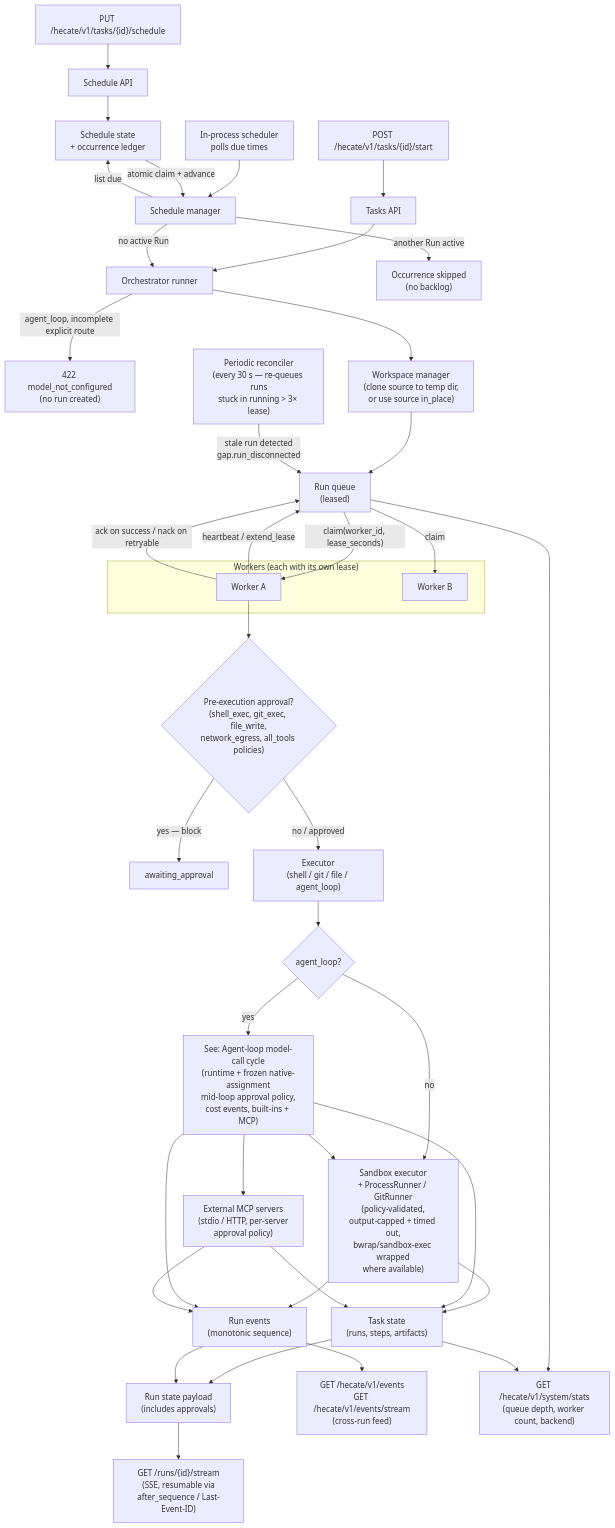
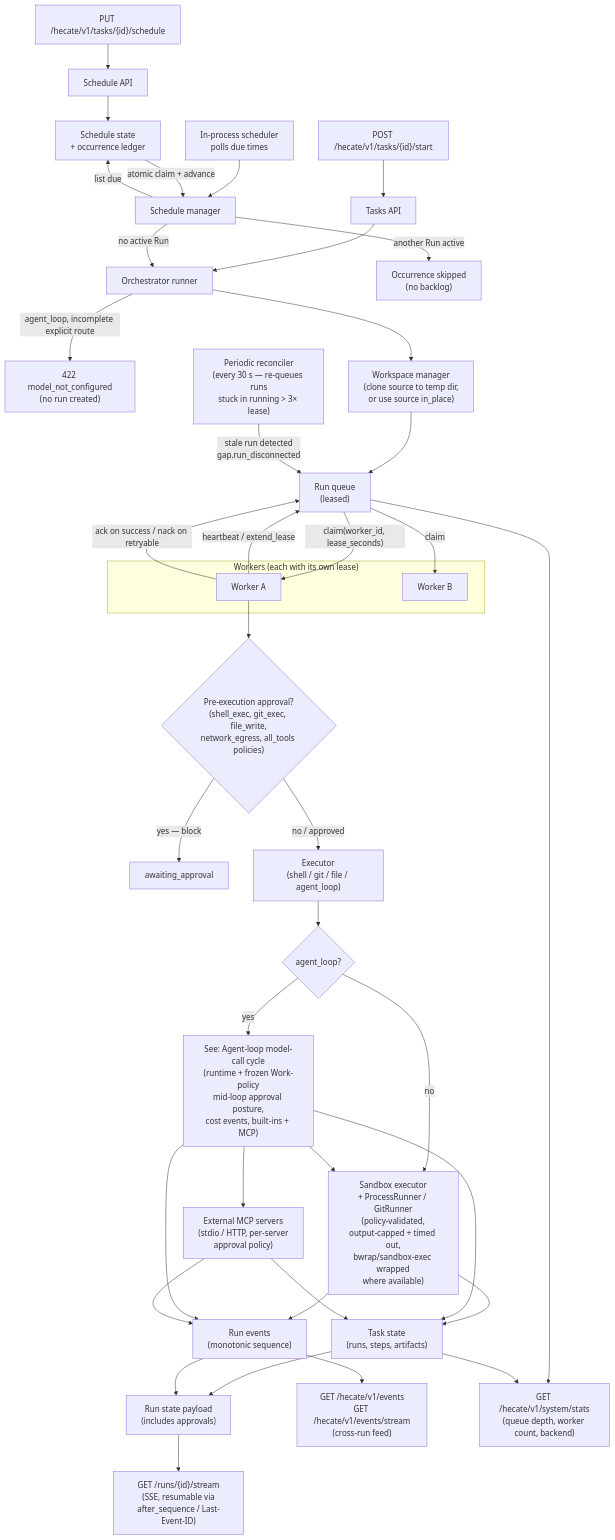
Before and after one commit to hecatehq/hecate: the fifth of 7 diagrams in docs/contributor/architecture.md, drawn with Mermaid. The commit also changed 2 other files, not shown here.

Commit message:
docs(runtime): align chat approval contracts

````diff
--- a/docs/contributor/architecture.md
+++ b/docs/contributor/architecture.md
@@ -415,55 +415,55 @@
 ```mermaid
 flowchart TD
     Caller["POST /hecate/v1/tasks/{id}/start"] --> TasksApi["Tasks API"]
     TasksApi --> Runner["Orchestrator runner"]
     ScheduleEditor["PUT /hecate/v1/tasks/{id}/schedule"] --> ScheduleApi["Schedule API"]
     ScheduleApi --> ScheduleState["Schedule state<br/>+ occurrence ledger"]
     Clock["In-process scheduler<br/>polls due times"] --> Scheduler["Schedule manager"]
     Scheduler -->|"list due"| ScheduleState
     ScheduleState -->|"atomic claim + advance"| Scheduler
     Scheduler -->|"no active Run"| Runner
     Scheduler -->|"another Run active"| Skipped["Occurrence skipped<br/>(no backlog)"]
 
     Runner -->|"agent_loop, incomplete explicit route"| ErrModel["422 model_not_configured<br/>(no run created)"]
     Runner --> Workspace["Workspace manager<br/>(clone source to temp dir,<br/>or use source in_place)"]
     Workspace --> Queue["Run queue<br/>(leased)"]
 
     Reconciler["Periodic reconciler<br/>(every 30 s — re-queues runs<br/>stuck in running > 3× lease)"]
     Reconciler -->|"stale run detected<br/>gap.run_disconnected"| Queue
 
     subgraph Workers["Workers (each with its own lease)"]
         WorkerA["Worker A"]
         WorkerB["Worker B"]
     end
 
     Queue -->|"claim(worker_id, lease_seconds)"| WorkerA
     Queue -->|"claim"| WorkerB
     WorkerA -->|"heartbeat / extend_lease"| Queue
     WorkerA -->|"ack on success / nack on retryable"| Queue
 
     WorkerA --> PreApproval{"Pre-execution approval?<br/>(shell_exec, git_exec, file_write,<br/>network_egress, all_tools policies)"}
     PreApproval -->|"yes — block"| Pending["awaiting_approval"]
     PreApproval -->|"no / approved"| Executor
 
     Executor["Executor<br/>(shell / git / file / agent_loop)"]
     Executor --> AgentLoop{"agent_loop?"}
-    AgentLoop -->|"yes"| LoopRef["See: Agent-loop model-call cycle<br/>(runtime + frozen native-assignment<br/>mid-loop approval policy,<br/>cost events, built-ins + MCP)"]
+    AgentLoop -->|"yes"| LoopRef["See: Agent-loop model-call cycle<br/>(runtime + frozen Work-policy<br/>mid-loop approval posture,<br/>cost events, built-ins + MCP)"]
     AgentLoop -->|"no"| Sandbox["Sandbox executor<br/>+ ProcessRunner / GitRunner<br/>(policy-validated,<br/>output-capped + timed out,<br/>bwrap/sandbox-exec wrapped<br/>where available)"]
     LoopRef --> Sandbox
     LoopRef --> McpServers["External MCP servers<br/>(stdio / HTTP, per-server<br/>approval policy)"]
 
     Sandbox --> State["Task state<br/>(runs, steps, artifacts)"]
     LoopRef --> State
     McpServers --> State
     Sandbox --> RunEvents["Run events<br/>(monotonic sequence)"]
     LoopRef --> RunEvents
     McpServers --> RunEvents
 
     State --> Snapshot["Run state payload<br/>(includes approvals)"]
     RunEvents --> Snapshot
     Snapshot --> Stream["GET /runs/{id}/stream<br/>(SSE, resumable via<br/>after_sequence / Last-Event-ID)"]
     RunEvents --> PublicEvents["GET /hecate/v1/events<br/>GET /hecate/v1/events/stream<br/>(cross-run feed)"]
 
     Queue --> Stats["GET /hecate/v1/system/stats<br/>(queue depth, worker count, backend)"]
     State --> Stats
 ```
````
